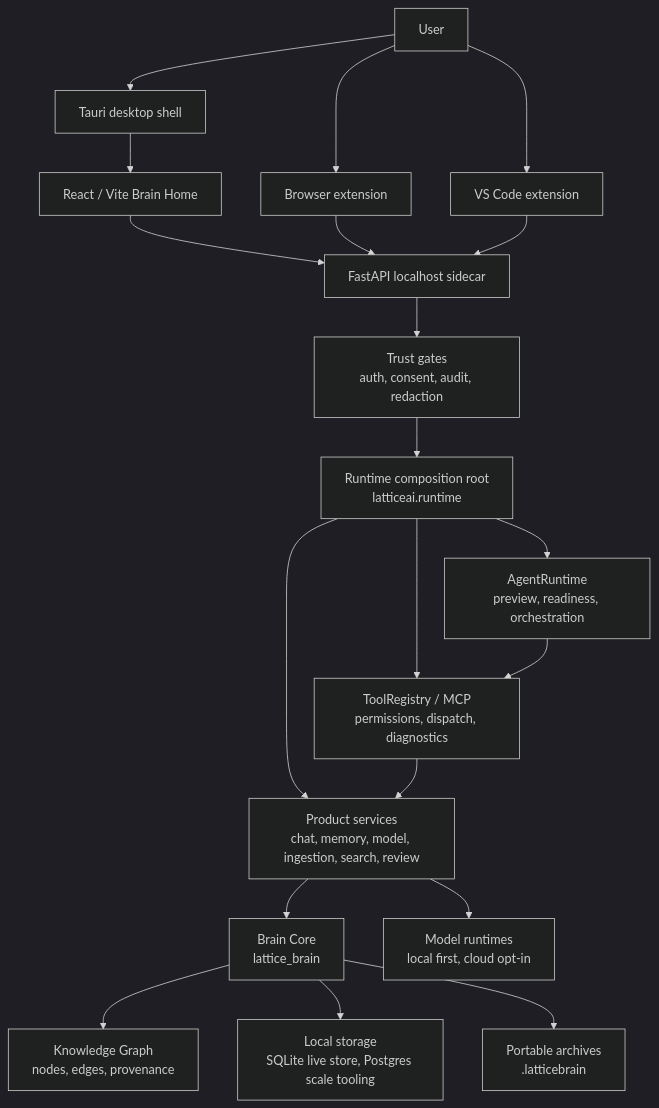
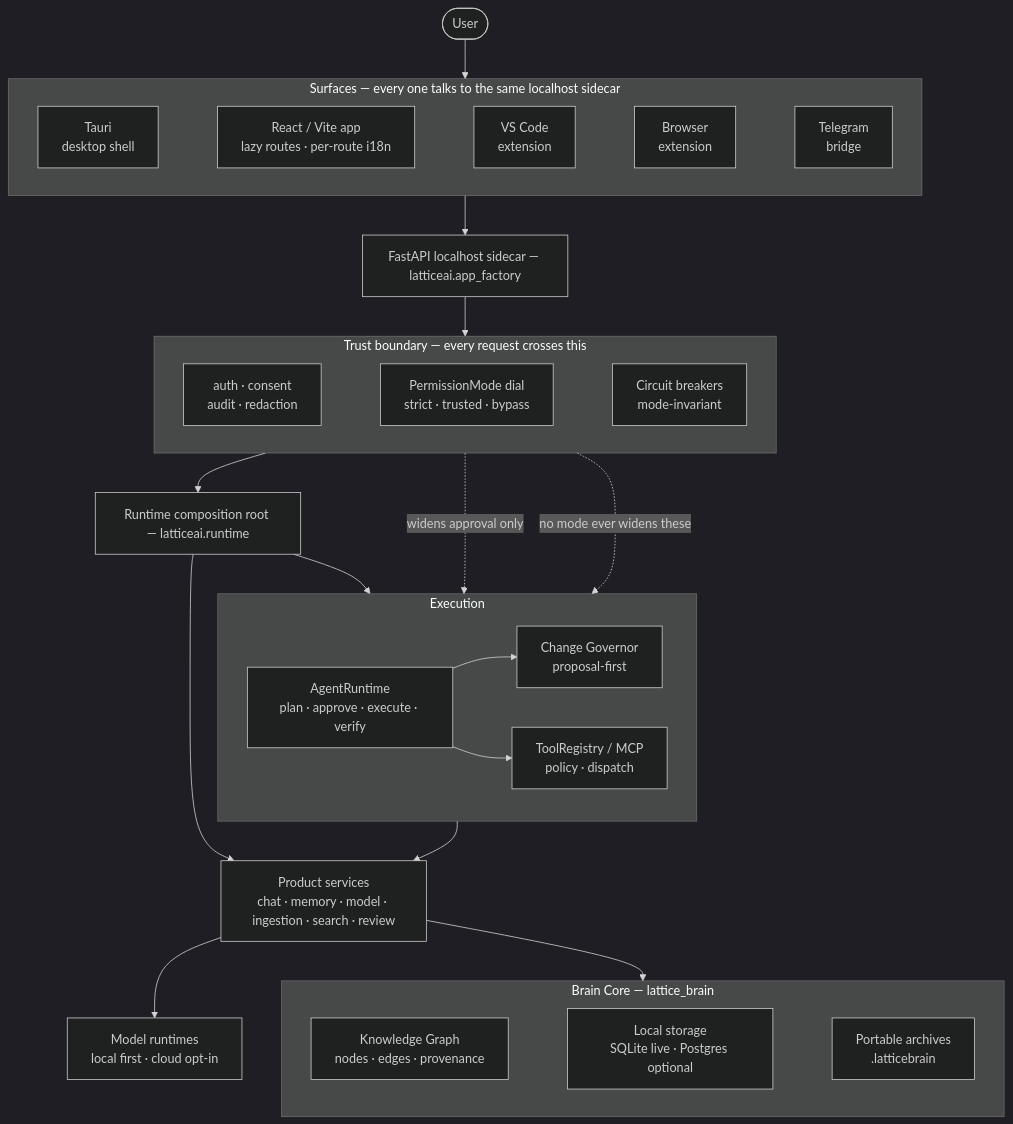
The first of 2 diagrams in ARCHITECTURE.md (TaeSooPark-PTS/LatticeAI), drawn with Mermaid (dark theme) before and after one commit. The commit also changed other lines of this file and 144 other files, not shown here.

````diff
--- a/ARCHITECTURE.md
+++ b/ARCHITECTURE.md
@@ -15,39 +15,59 @@
 ```mermaid
 flowchart TB
-  user["User"]
-  desktop["Tauri desktop shell"]
-  browser["Browser extension"]
-  editor["VS Code extension"]
-  ui["React / Vite Brain Home"]
-  api["FastAPI localhost sidecar"]
-  runtime["Runtime composition root<br/>latticeai.runtime"]
-  services["Product services<br/>chat, memory, model, ingestion, search, review"]
-  agent["AgentRuntime<br/>preview, readiness, orchestration"]
-  tools["ToolRegistry / MCP<br/>permissions, dispatch, diagnostics"]
-  brain["Brain Core<br/>lattice_brain"]
-  kg["Knowledge Graph<br/>nodes, edges, provenance"]
-  store["Local storage<br/>SQLite live store, Postgres scale tooling"]
-  archive["Portable archives<br/>.latticebrain"]
-  trust["Trust gates<br/>auth, consent, audit, redaction"]
-  models["Model runtimes<br/>local first, cloud opt-in"]
+  user(["User"])
 
-  user --> desktop
-  user --> browser
-  user --> editor
-  desktop --> ui
-  ui --> api
-  browser --> api
-  editor --> api
-  api --> trust
-  trust --> runtime
+  subgraph surfaces["Surfaces — every one talks to the same localhost sidecar"]
+    direction LR
+    ui["React / Vite app<br/>lazy routes · per-route i18n"]
+    desktop["Tauri<br/>desktop shell"]
+    editor["VS Code<br/>extension"]
+    browser["Browser<br/>extension"]
+    telegram["Telegram<br/>bridge"]
+    desktop ~~~ ui ~~~ editor ~~~ browser ~~~ telegram
+  end
+
+  api["FastAPI localhost sidecar — latticeai.app_factory"]
+
+  subgraph gates["Trust boundary — every request crosses this"]
+    direction LR
+    trust["auth · consent<br/>audit · redaction"]
+    mode["PermissionMode dial<br/>strict · trusted · bypass"]
+    breakers["Circuit breakers<br/>mode-invariant"]
+    trust ~~~ mode ~~~ breakers
+  end
+
+  runtime["Runtime composition root — latticeai.runtime"]
+
+  subgraph exec["Execution"]
+    direction LR
+    agent["AgentRuntime<br/>plan · approve · execute · verify"]
+    governor["Change Governor<br/>proposal-first"]
+    tools["ToolRegistry / MCP<br/>policy · dispatch"]
+    agent --> governor
+    agent --> tools
+  end
+
+  subgraph data["Brain Core — lattice_brain"]
+    direction LR
+    kg["Knowledge Graph<br/>nodes · edges · provenance"]
+    store["Local storage<br/>SQLite live · Postgres optional"]
+    archive["Portable archives<br/>.latticebrain"]
+    kg ~~~ store ~~~ archive
+  end
+
+  services["Product services<br/>chat · memory · model · ingestion · search · review"]
+  models["Model runtimes<br/>local first · cloud opt-in"]
+
+  user --> surfaces
+  surfaces --> api
+  api --> gates
+  gates --> runtime
+  runtime --> exec
   runtime --> services
-  runtime --> agent
-  runtime --> tools
-  services --> brain
-  agent --> tools
   tools --> services
   services --> models
-  brain --> kg
-  brain --> store
-  brain --> archive
+  services --> data
+
+  mode -. "widens approval only" .-> tools
+  breakers -. "no mode ever widens these" .-> tools
 ```
````
